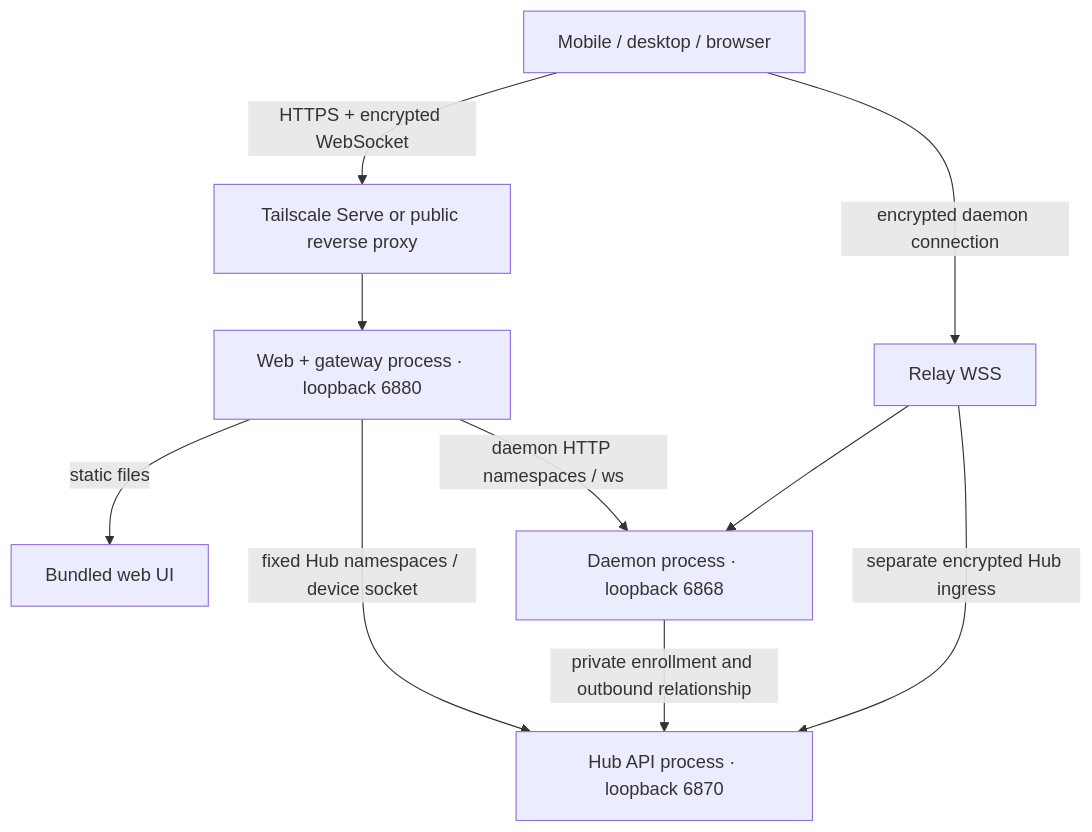
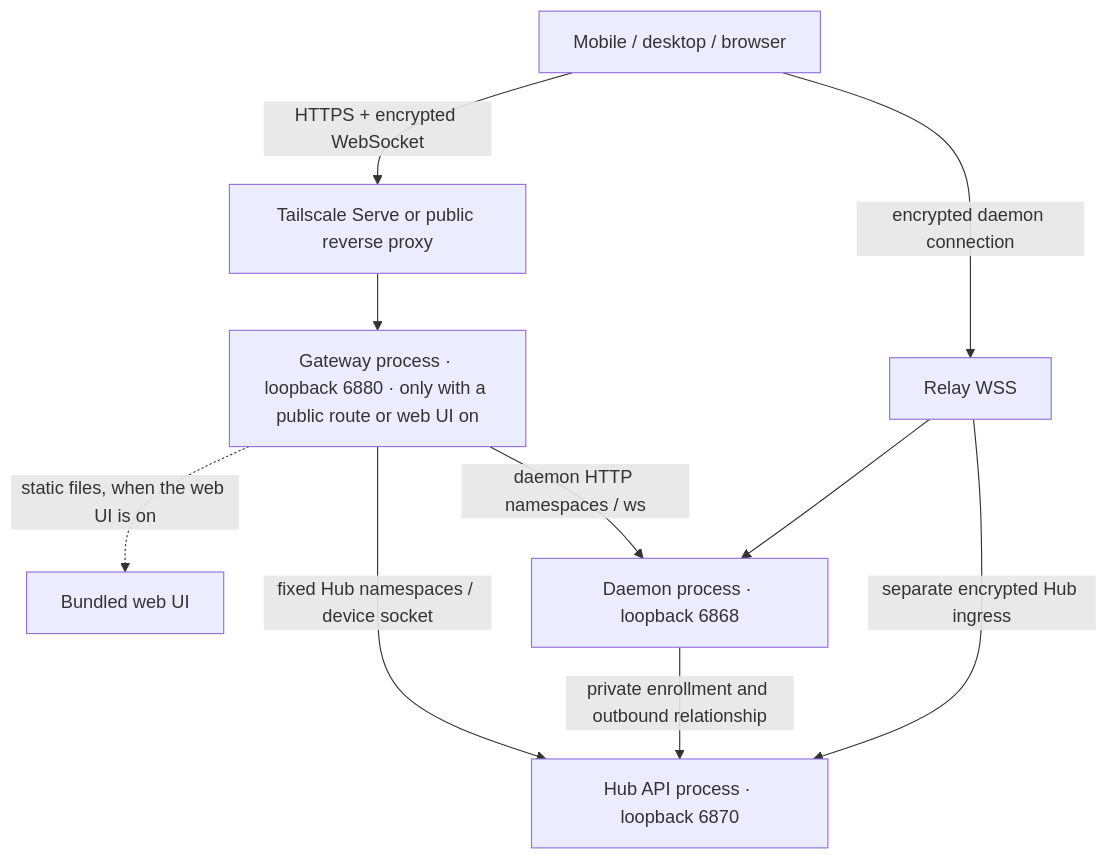
One commit to longbkit/clisbot changed the diagram in docs/features/access/device-pairing.md. Above: the diagram before and after it, drawn with Mermaid. The commit also changed other lines of this file and 5 other files, not shown here.

First line of the commit message:
feat(cli): personal serving starts the gateway only when something needs it

````diff
--- a/docs/features/access/device-pairing.md
+++ b/docs/features/access/device-pairing.md
@@ -228,12 +269,12 @@
 ```mermaid
 flowchart TB
   App[Mobile / desktop / browser] -->|HTTPS + encrypted WebSocket| TS[Tailscale Serve or public reverse proxy]
-  TS --> Gateway[Web + gateway process · loopback 6880]
-  Gateway -->|static files| Web[Bundled web UI]
+  TS --> Gateway[Gateway process · loopback 6880 · only with a public route or web UI on]
+  Gateway -.->|static files, when the web UI is on| Web[Bundled web UI]
   Gateway -->|fixed Hub namespaces / device socket| Hub[Hub API process · loopback 6870]
   Gateway -->|daemon HTTP namespaces / ws| Daemon[Daemon process · loopback 6868]
   App -->|encrypted daemon connection| Relay[Relay WSS]
   Relay --> Daemon
   Relay -->|separate encrypted Hub ingress| Hub
   Daemon -->|private enrollment and outbound relationship| Hub
 ```
````
